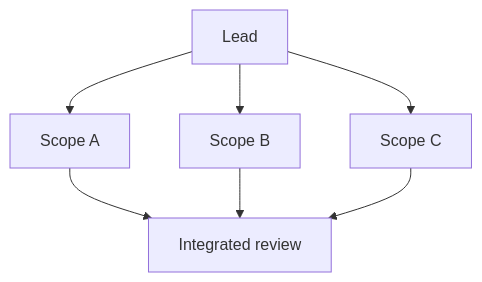
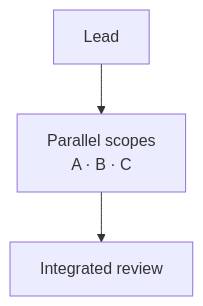
The third of 3 diagrams in docs/en/design_philosophy_extended.md (SnowLightPath/DDL), drawn with Mermaid before and after one commit. The commit also changed other lines of this file and 1 other file, not shown here.

Commit message:
Keep detailed-guide diagrams readable on narrow screens

````diff
--- a/docs/en/design_philosophy_extended.md
+++ b/docs/en/design_philosophy_extended.md
@@ -390,9 +392,5 @@
 ```mermaid
 flowchart TD
-    Lead --> A[Scope A]
-    Lead --> B[Scope B]
-    Lead --> C[Scope C]
-    A --> Review[Integrated review]
-    B --> Review
-    C --> Review
+    Lead --> Workers["Parallel scopes<br/>A · B · C"]
+    Workers --> Review[Integrated review]
 ```
````
